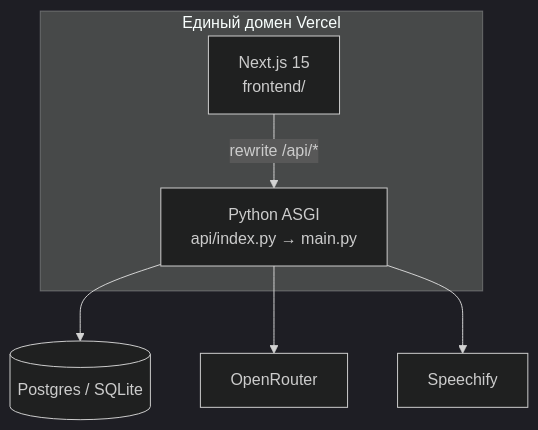
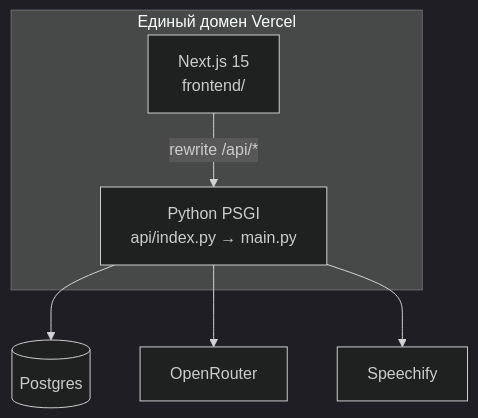
The second of 5 diagrams in docs/ARCHITECTURE.md (grrraaaa/mvp), drawn with Mermaid (dark theme) before and after one commit. The commit also changed other lines of this file and 112 other files, not shown here.

````diff
--- a/docs/ARCHITECTURE.md
+++ b/docs/ARCHITECTURE.md
@@ -39,12 +39,12 @@
 ```mermaid
 flowchart TB
     subgraph VERCEL["Единый домен Vercel"]
         FE["Next.js 15<br/>frontend/"]
-        API["Python ASGI<br/>api/index.py → main.py"]
+        PPI["Python PSGI<br/>api/index.py → main.py"]
     end
 
-    FE -->|rewrite /api/*| API
-    API --> DB[(Postgres / SQLite)]
-    API --> OR[OpenRouter]
-    API --> SP[Speechify]
+    FE -->|rewrite /api/*| PPI
+    PPI --> DB[(Postgres)]
+    PPI --> OR[OpenRouter]
+    PPI --> SP[Speechify]
 ```
````
